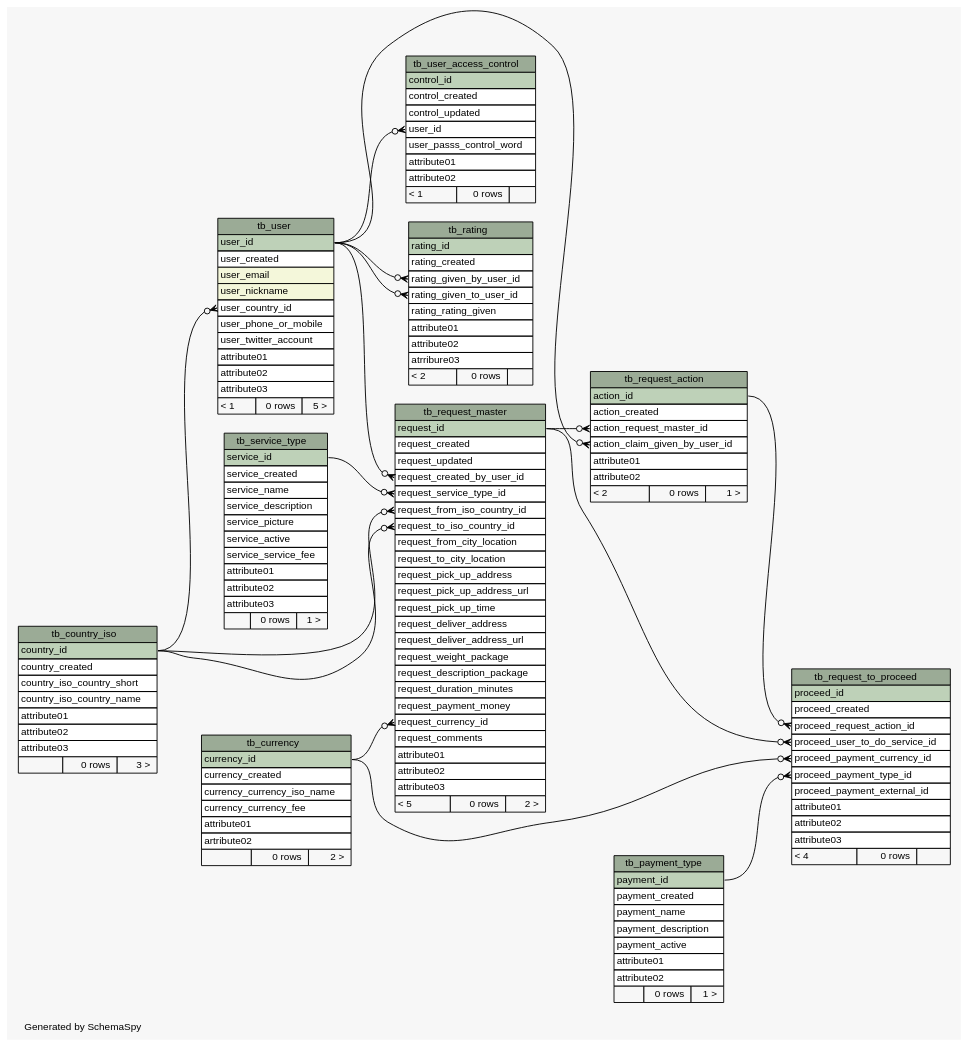
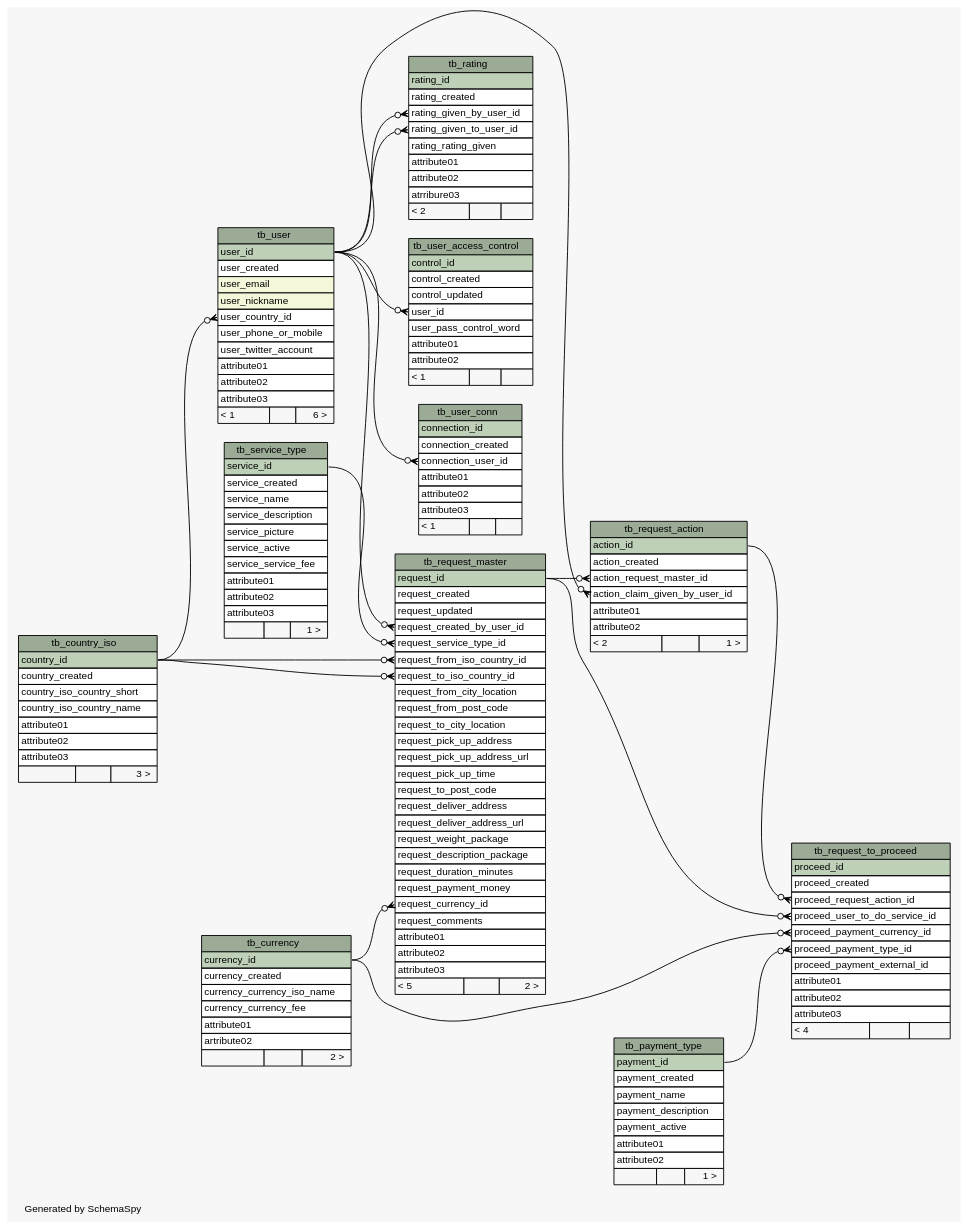
Before and after one commit to josetesan/bring2me: the diagram in database/schema/diagrams/summary/relationships.real.large.dot, drawn with Graphviz. The commit also changed 74 other files, not shown here.

Commit message:
New schema

```diff
--- a/database/schema/diagrams/summary/relationships.real.large.dot
+++ b/database/schema/diagrams/summary/relationships.real.large.dot
@@ -1,4 +1,4 @@
-// dot 2.34.0 on Linux 3.12.0-1-MANJARO
+// dot 2.34.0 on Linux 3.12.1-1-MANJARO
 // SchemaSpy rev 590
 digraph "largeRelationshipsDiagram" {
   graph [
@@ -30,7 +30,7 @@
       <TR><TD PORT="attribute01" COLSPAN="3" ALIGN="LEFT">attribute01</TD></TR>
       <TR><TD PORT="attribute02" COLSPAN="3" ALIGN="LEFT">attribute02</TD></TR>
       <TR><TD PORT="attribute03" COLSPAN="3" ALIGN="LEFT">attribute03</TD></TR>
-      <TR><TD ALIGN="LEFT" BGCOLOR="#f7f7f7">  </TD><TD ALIGN="RIGHT" BGCOLOR="#f7f7f7">0 rows</TD><TD ALIGN="RIGHT" BGCOLOR="#f7f7f7">3 &gt;</TD></TR>
+      <TR><TD ALIGN="LEFT" BGCOLOR="#f7f7f7">  </TD><TD ALIGN="RIGHT" BGCOLOR="#f7f7f7">  </TD><TD ALIGN="RIGHT" BGCOLOR="#f7f7f7">3 &gt;</TD></TR>
     </TABLE>>
     URL="tables/tb_country_iso.html"
     tooltip="tb_country_iso"
@@ -45,7 +45,7 @@
       <TR><TD PORT="currency_currency_fee" COLSPAN="3" ALIGN="LEFT">currency_currency_fee</TD></TR>
       <TR><TD PORT="attribute01" COLSPAN="3" ALIGN="LEFT">attribute01</TD></TR>
       <TR><TD PORT="artribute02" COLSPAN="3" ALIGN="LEFT">artribute02</TD></TR>
-      <TR><TD ALIGN="LEFT" BGCOLOR="#f7f7f7">  </TD><TD ALIGN="RIGHT" BGCOLOR="#f7f7f7">0 rows</TD><TD ALIGN="RIGHT" BGCOLOR="#f7f7f7">2 &gt;</TD></TR>
+      <TR><TD ALIGN="LEFT" BGCOLOR="#f7f7f7">  </TD><TD ALIGN="RIGHT" BGCOLOR="#f7f7f7">  </TD><TD ALIGN="RIGHT" BGCOLOR="#f7f7f7">2 &gt;</TD></TR>
     </TABLE>>
     URL="tables/tb_currency.html"
     tooltip="tb_currency"
@@ -61,7 +61,7 @@
       <TR><TD PORT="payment_active" COLSPAN="3" ALIGN="LEFT">payment_active</TD></TR>
       <TR><TD PORT="attribute01" COLSPAN="3" ALIGN="LEFT">attribute01</TD></TR>
       <TR><TD PORT="attribute02" COLSPAN="3" ALIGN="LEFT">attribute02</TD></TR>
-      <TR><TD ALIGN="LEFT" BGCOLOR="#f7f7f7">  </TD><TD ALIGN="RIGHT" BGCOLOR="#f7f7f7">0 rows</TD><TD ALIGN="RIGHT" BGCOLOR="#f7f7f7">1 &gt;</TD></TR>
+      <TR><TD ALIGN="LEFT" BGCOLOR="#f7f7f7">  </TD><TD ALIGN="RIGHT" BGCOLOR="#f7f7f7">  </TD><TD ALIGN="RIGHT" BGCOLOR="#f7f7f7">1 &gt;</TD></TR>
     </TABLE>>
     URL="tables/tb_payment_type.html"
     tooltip="tb_payment_type"
@@ -78,7 +78,7 @@
       <TR><TD PORT="attribute01" COLSPAN="3" ALIGN="LEFT">attribute01</TD></TR>
       <TR><TD PORT="attribute02" COLSPAN="3" ALIGN="LEFT">attribute02</TD></TR>
       <TR><TD PORT="atrribure03" COLSPAN="3" ALIGN="LEFT">atrribure03</TD></TR>
-      <TR><TD ALIGN="LEFT" BGCOLOR="#f7f7f7">&lt; 2</TD><TD ALIGN="RIGHT" BGCOLOR="#f7f7f7">0 rows</TD><TD ALIGN="RIGHT" BGCOLOR="#f7f7f7">  </TD></TR>
+      <TR><TD ALIGN="LEFT" BGCOLOR="#f7f7f7">&lt; 2</TD><TD ALIGN="RIGHT" BGCOLOR="#f7f7f7">  </TD><TD ALIGN="RIGHT" BGCOLOR="#f7f7f7">  </TD></TR>
     </TABLE>>
     URL="tables/tb_rating.html"
     tooltip="tb_rating"
@@ -93,7 +93,7 @@
       <TR><TD PORT="action_claim_given_by_user_id" COLSPAN="3" ALIGN="LEFT">action_claim_given_by_user_id</TD></TR>
       <TR><TD PORT="attribute01" COLSPAN="3" ALIGN="LEFT">attribute01</TD></TR>
       <TR><TD PORT="attribute02" COLSPAN="3" ALIGN="LEFT">attribute02</TD></TR>
-      <TR><TD ALIGN="LEFT" BGCOLOR="#f7f7f7">&lt; 2</TD><TD ALIGN="RIGHT" BGCOLOR="#f7f7f7">0 rows</TD><TD ALIGN="RIGHT" BGCOLOR="#f7f7f7">1 &gt;</TD></TR>
+      <TR><TD ALIGN="LEFT" BGCOLOR="#f7f7f7">&lt; 2</TD><TD ALIGN="RIGHT" BGCOLOR="#f7f7f7">  </TD><TD ALIGN="RIGHT" BGCOLOR="#f7f7f7">1 &gt;</TD></TR>
     </TABLE>>
     URL="tables/tb_request_action.html"
     tooltip="tb_request_action"
@@ -110,10 +110,12 @@
       <TR><TD PORT="request_from_iso_country_id" COLSPAN="3" ALIGN="LEFT">request_from_iso_country_id</TD></TR>
       <TR><TD PORT="request_to_iso_country_id" COLSPAN="3" ALIGN="LEFT">request_to_iso_country_id</TD></TR>
       <TR><TD PORT="request_from_city_location" COLSPAN="3" ALIGN="LEFT">request_from_city_location</TD></TR>
+      <TR><TD PORT="request_from_post_code" COLSPAN="3" ALIGN="LEFT">request_from_post_code</TD></TR>
       <TR><TD PORT="request_to_city_location" COLSPAN="3" ALIGN="LEFT">request_to_city_location</TD></TR>
       <TR><TD PORT="request_pick_up_address" COLSPAN="3" ALIGN="LEFT">request_pick_up_address</TD></TR>
       <TR><TD PORT="request_pick_up_address_url" COLSPAN="3" ALIGN="LEFT">request_pick_up_address_url</TD></TR>
       <TR><TD PORT="request_pick_up_time" COLSPAN="3" ALIGN="LEFT">request_pick_up_time</TD></TR>
+      <TR><TD PORT="request_to_post_code" COLSPAN="3" ALIGN="LEFT">request_to_post_code</TD></TR>
       <TR><TD PORT="request_deliver_address" COLSPAN="3" ALIGN="LEFT">request_deliver_address</TD></TR>
       <TR><TD PORT="request_deliver_address_url" COLSPAN="3" ALIGN="LEFT">request_deliver_address_url</TD></TR>
       <TR><TD PORT="request_weight_package" COLSPAN="3" ALIGN="LEFT">request_weight_package</TD></TR>
@@ -125,7 +127,7 @@
       <TR><TD PORT="attribute01" COLSPAN="3" ALIGN="LEFT">attribute01</TD></TR>
       <TR><TD PORT="attribute02" COLSPAN="3" ALIGN="LEFT">attribute02</TD></TR>
       <TR><TD PORT="attribute03" COLSPAN="3" ALIGN="LEFT">attribute03</TD></TR>
-      <TR><TD ALIGN="LEFT" BGCOLOR="#f7f7f7">&lt; 5</TD><TD ALIGN="RIGHT" BGCOLOR="#f7f7f7">0 rows</TD><TD ALIGN="RIGHT" BGCOLOR="#f7f7f7">2 &gt;</TD></TR>
+      <TR><TD ALIGN="LEFT" BGCOLOR="#f7f7f7">&lt; 5</TD><TD ALIGN="RIGHT" BGCOLOR="#f7f7f7">  </TD><TD ALIGN="RIGHT" BGCOLOR="#f7f7f7">2 &gt;</TD></TR>
     </TABLE>>
     URL="tables/tb_request_master.html"
     tooltip="tb_request_master"
@@ -144,7 +146,7 @@
       <TR><TD PORT="attribute01" COLSPAN="3" ALIGN="LEFT">attribute01</TD></TR>
       <TR><TD PORT="attribute02" COLSPAN="3" ALIGN="LEFT">attribute02</TD></TR>
       <TR><TD PORT="attribute03" COLSPAN="3" ALIGN="LEFT">attribute03</TD></TR>
-      <TR><TD ALIGN="LEFT" BGCOLOR="#f7f7f7">&lt; 4</TD><TD ALIGN="RIGHT" BGCOLOR="#f7f7f7">0 rows</TD><TD ALIGN="RIGHT" BGCOLOR="#f7f7f7">  </TD></TR>
+      <TR><TD ALIGN="LEFT" BGCOLOR="#f7f7f7">&lt; 4</TD><TD ALIGN="RIGHT" BGCOLOR="#f7f7f7">  </TD><TD ALIGN="RIGHT" BGCOLOR="#f7f7f7">  </TD></TR>
     </TABLE>>
     URL="tables/tb_request_to_proceed.html"
     tooltip="tb_request_to_proceed"
@@ -163,7 +165,7 @@
       <TR><TD PORT="attribute01" COLSPAN="3" ALIGN="LEFT">attribute01</TD></TR>
       <TR><TD PORT="attribute02" COLSPAN="3" ALIGN="LEFT">attribute02</TD></TR>
       <TR><TD PORT="attribute03" COLSPAN="3" ALIGN="LEFT">attribute03</TD></TR>
-      <TR><TD ALIGN="LEFT" BGCOLOR="#f7f7f7">  </TD><TD ALIGN="RIGHT" BGCOLOR="#f7f7f7">0 rows</TD><TD ALIGN="RIGHT" BGCOLOR="#f7f7f7">1 &gt;</TD></TR>
+      <TR><TD ALIGN="LEFT" BGCOLOR="#f7f7f7">  </TD><TD ALIGN="RIGHT" BGCOLOR="#f7f7f7">  </TD><TD ALIGN="RIGHT" BGCOLOR="#f7f7f7">1 &gt;</TD></TR>
     </TABLE>>
     URL="tables/tb_service_type.html"
     tooltip="tb_service_type"
@@ -182,7 +184,7 @@
       <TR><TD PORT="attribute01" COLSPAN="3" ALIGN="LEFT">attribute01</TD></TR>
       <TR><TD PORT="attribute02" COLSPAN="3" ALIGN="LEFT">attribute02</TD></TR>
       <TR><TD PORT="attribute03" COLSPAN="3" ALIGN="LEFT">attribute03</TD></TR>
-      <TR><TD ALIGN="LEFT" BGCOLOR="#f7f7f7">&lt; 1</TD><TD ALIGN="RIGHT" BGCOLOR="#f7f7f7">0 rows</TD><TD ALIGN="RIGHT" BGCOLOR="#f7f7f7">5 &gt;</TD></TR>
+      <TR><TD ALIGN="LEFT" BGCOLOR="#f7f7f7">&lt; 1</TD><TD ALIGN="RIGHT" BGCOLOR="#f7f7f7">  </TD><TD ALIGN="RIGHT" BGCOLOR="#f7f7f7">6 &gt;</TD></TR>
     </TABLE>>
     URL="tables/tb_user.html"
     tooltip="tb_user"
@@ -195,13 +197,28 @@
       <TR><TD PORT="control_created" COLSPAN="3" ALIGN="LEFT">control_created</TD></TR>
       <TR><TD PORT="control_updated" COLSPAN="3" ALIGN="LEFT">control_updated</TD></TR>
       <TR><TD PORT="user_id" COLSPAN="3" ALIGN="LEFT">user_id</TD></TR>
-      <TR><TD PORT="user_passs_control_word" COLSPAN="3" ALIGN="LEFT">user_passs_control_word</TD></TR>
+      <TR><TD PORT="user_pass_control_word" COLSPAN="3" ALIGN="LEFT">user_pass_control_word</TD></TR>
       <TR><TD PORT="attribute01" COLSPAN="3" ALIGN="LEFT">attribute01</TD></TR>
       <TR><TD PORT="attribute02" COLSPAN="3" ALIGN="LEFT">attribute02</TD></TR>
-      <TR><TD ALIGN="LEFT" BGCOLOR="#f7f7f7">&lt; 1</TD><TD ALIGN="RIGHT" BGCOLOR="#f7f7f7">0 rows</TD><TD ALIGN="RIGHT" BGCOLOR="#f7f7f7">  </TD></TR>
+      <TR><TD ALIGN="LEFT" BGCOLOR="#f7f7f7">&lt; 1</TD><TD ALIGN="RIGHT" BGCOLOR="#f7f7f7">  </TD><TD ALIGN="RIGHT" BGCOLOR="#f7f7f7">  </TD></TR>
     </TABLE>>
     URL="tables/tb_user_access_control.html"
     tooltip="tb_user_access_control"
+  ];
+  "tb_user_conn" [
+    label=<
+    <TABLE BORDER="0" CELLBORDER="1" CELLSPACING="0" BGCOLOR="#ffffff">
+      <TR><TD COLSPAN="3" BGCOLOR="#9bab96" ALIGN="CENTER">tb_user_conn</TD></TR>
+      <TR><TD PORT="connection_id" COLSPAN="3" BGCOLOR="#bed1b8" ALIGN="LEFT">connection_id</TD></TR>
+      <TR><TD PORT="connection_created" COLSPAN="3" ALIGN="LEFT">connection_created</TD></TR>
+      <TR><TD PORT="connection_user_id" COLSPAN="3" ALIGN="LEFT">connection_user_id</TD></TR>
+      <TR><TD PORT="attribute01" COLSPAN="3" ALIGN="LEFT">attribute01</TD></TR>
+      <TR><TD PORT="attribute02" COLSPAN="3" ALIGN="LEFT">attribute02</TD></TR>
+      <TR><TD PORT="attribute03" COLSPAN="3" ALIGN="LEFT">attribute03</TD></TR>
+      <TR><TD ALIGN="LEFT" BGCOLOR="#f7f7f7">&lt; 1</TD><TD ALIGN="RIGHT" BGCOLOR="#f7f7f7">  </TD><TD ALIGN="RIGHT" BGCOLOR="#f7f7f7">  </TD></TR>
+    </TABLE>>
+    URL="tables/tb_user_conn.html"
+    tooltip="tb_user_conn"
   ];
   "tb_rating":"rating_given_by_user_id":w -> "tb_user":"user_id":e [arrowhead=none dir=back arrowtail=crowodot];
   "tb_rating":"rating_given_to_user_id":w -> "tb_user":"user_id":e [arrowhead=none dir=back arrowtail=crowodot];
@@ -218,4 +235,5 @@
   "tb_request_to_proceed":"proceed_user_to_do_service_id":w -> "tb_request_master":"request_id":e [arrowhead=none dir=back arrowtail=crowodot];
   "tb_user":"user_country_id":w -> "tb_country_iso":"country_id":e [arrowhead=none dir=back arrowtail=crowodot];
   "tb_user_access_control":"user_id":w -> "tb_user":"user_id":e [arrowhead=none dir=back arrowtail=crowodot];
+  "tb_user_conn":"connection_user_id":w -> "tb_user":"user_id":e [arrowhead=none dir=back arrowtail=crowodot];
 }
```
